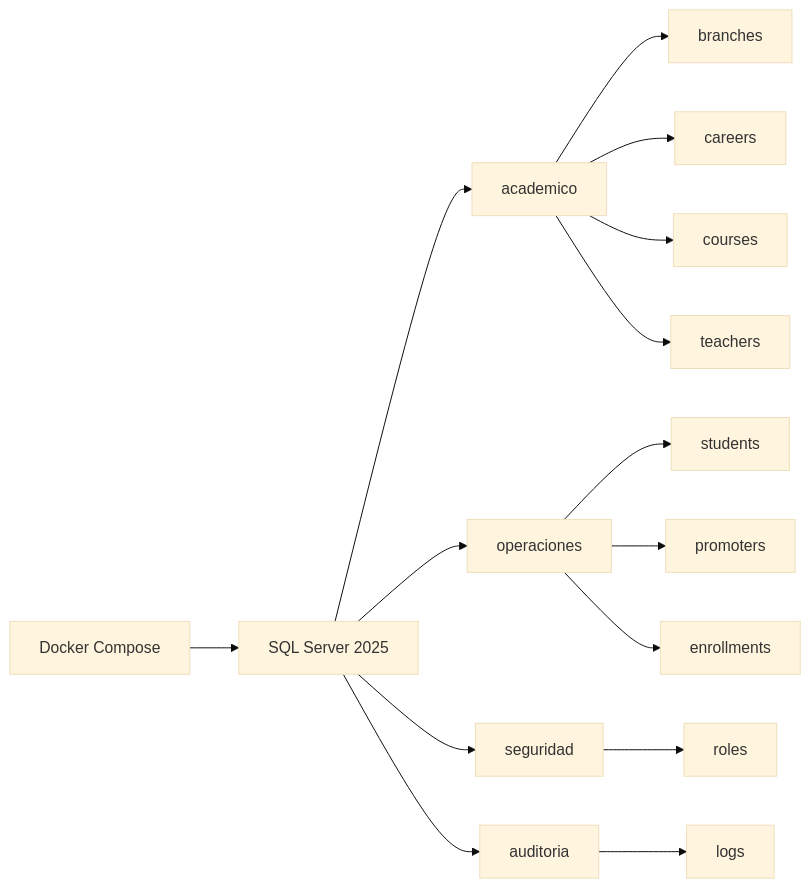
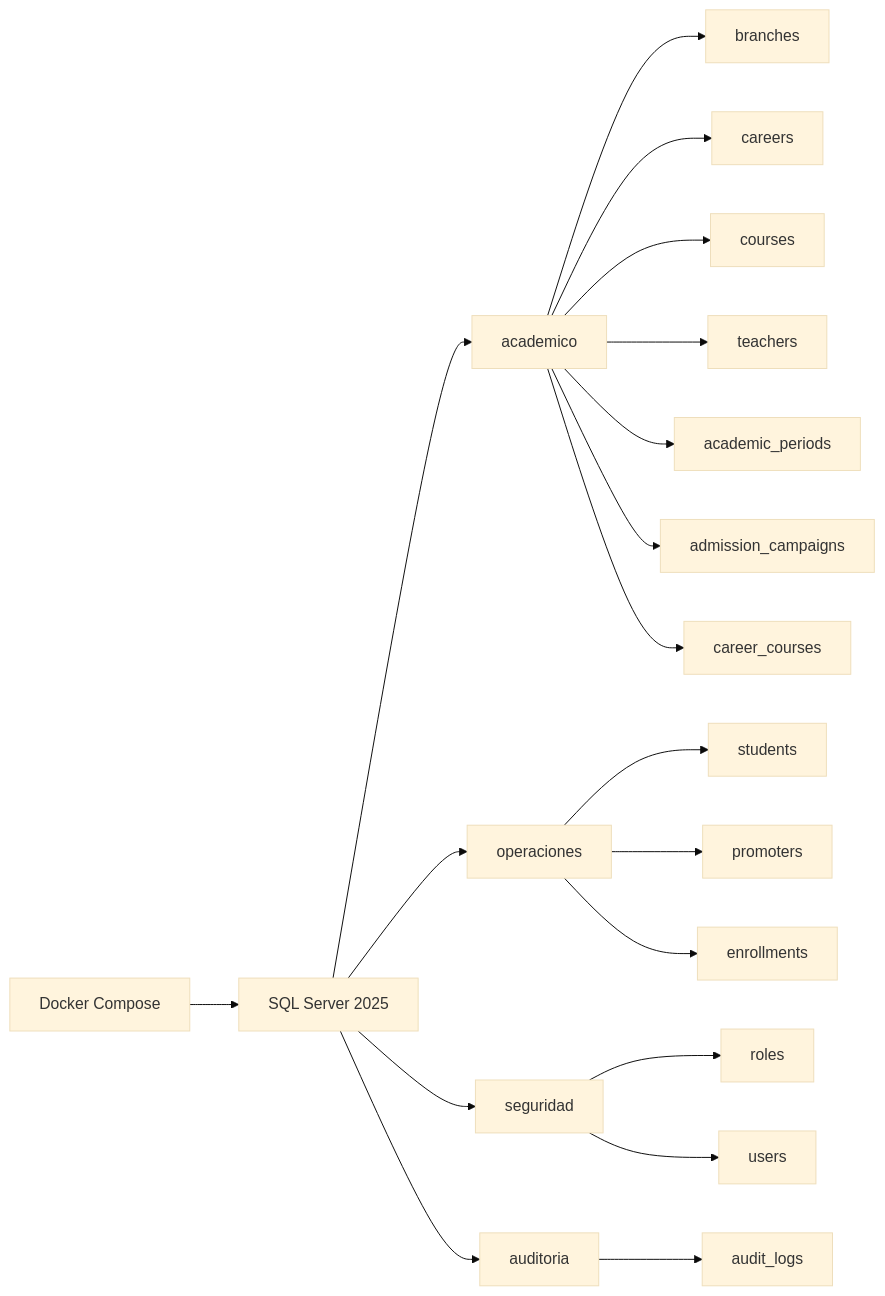
The diagram in README.md (FERNANDO-MENCIA-51/MatriculaCloud360Enterprise), drawn with Mermaid (base theme) before and after one commit. The commit also changed other lines of this file and 20 other files, not shown here.

````diff
--- a/README.md
+++ b/README.md
@@ -15,17 +22,25 @@
 ```mermaid
 flowchart LR
-	A[Docker Compose] --> B[SQL Server 2025]
-	B --> C[academico]
-	B --> D[operaciones]
-	B --> E[seguridad]
-	B --> F[auditoria]
-	C --> C1[branches]
-	C --> C2[careers]
-	C --> C3[courses]
-	C --> C4[teachers]
-	D --> D1[students]
-	D --> D2[promoters]
-	D --> D3[enrollments]
-	E --> E1[roles]
-	F --> F1[logs]
+    A[Docker Compose] --> B[SQL Server 2025]
+    B --> C[academico]
+    B --> D[operaciones]
+    B --> E[seguridad]
+    B --> F[auditoria]
+    
+    C --> C1[branches]
+    C --> C2[careers]
+    C --> C3[courses]
+    C --> C4[teachers]
+    C --> C5[academic_periods]
+    C --> C6[admission_campaigns]
+    C --> C7[career_courses]
+    
+    D --> D1[students]
+    D --> D2[promoters]
+    D --> D3[enrollments]
+    
+    E --> E1[roles]
+    E --> E2[users]
+    
+    F --> F1[audit_logs]
 ```
````
